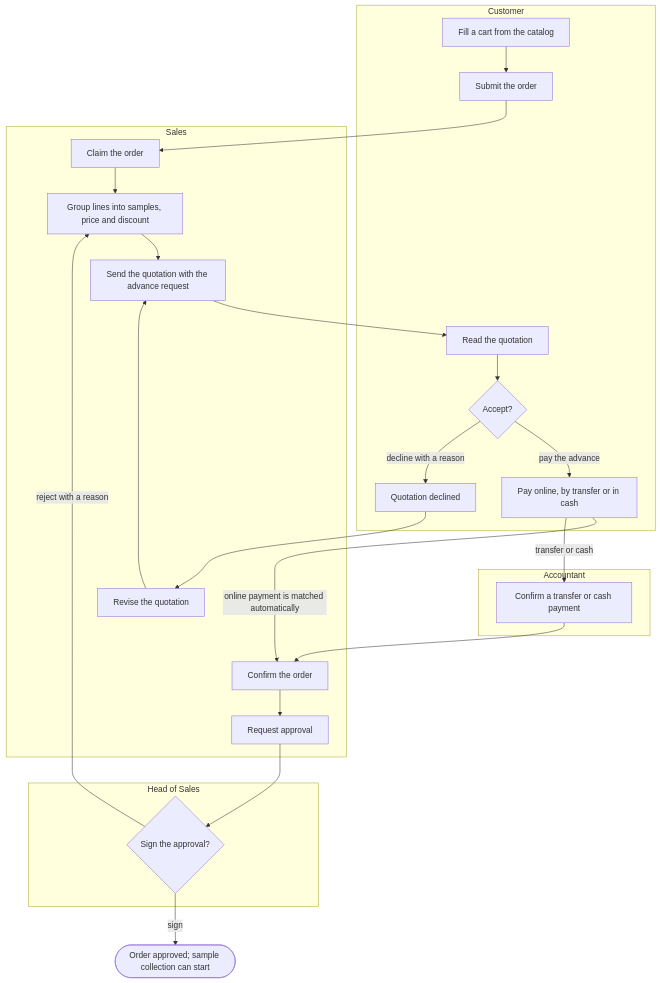
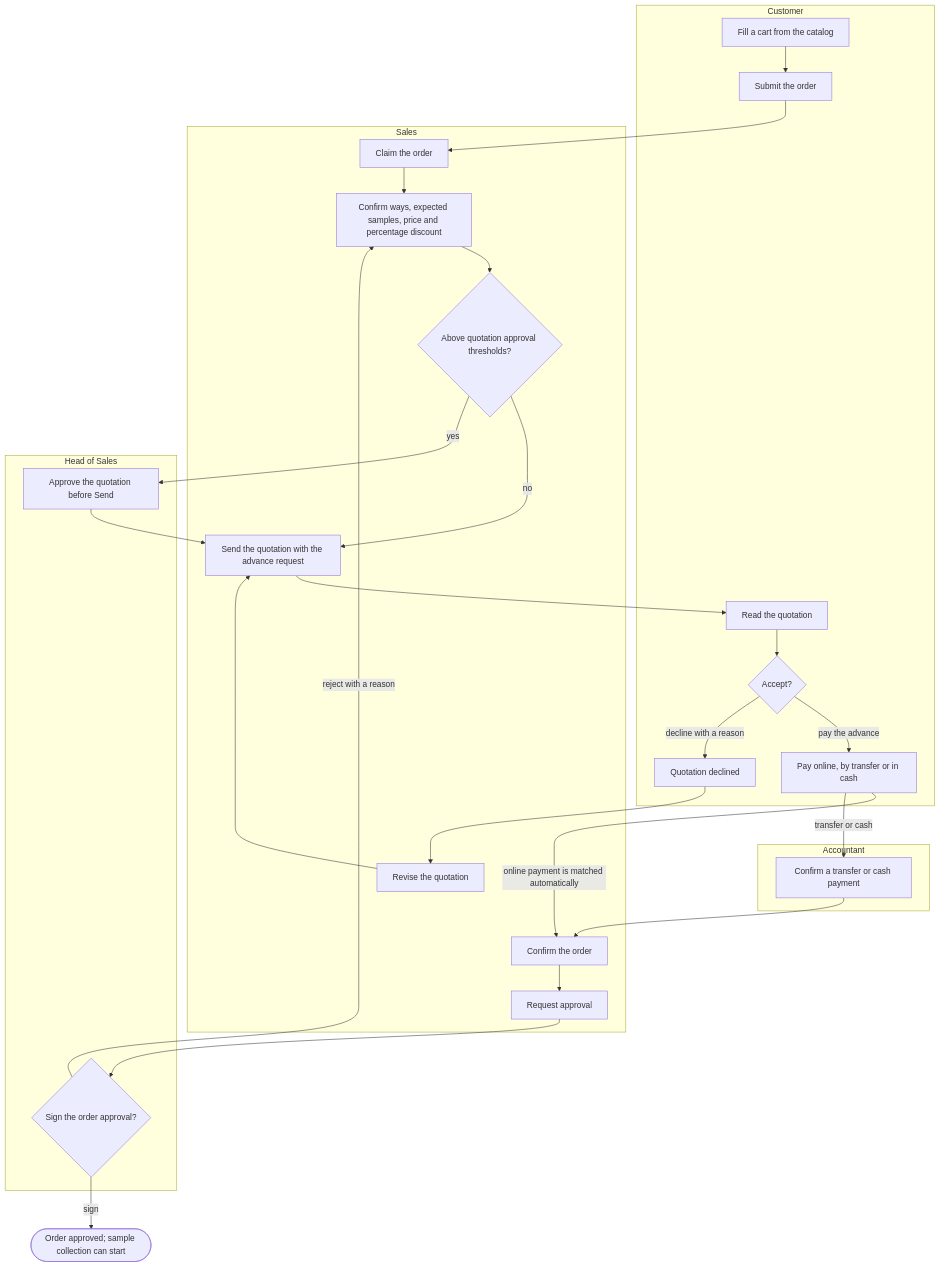
One commit to SoltuneMontepre/medilab changed the first of 16 diagrams in docs/functional/business-flows.md. Above: the diagram before and after it, drawn with Mermaid. The commit also changed other lines of this file and 30 other files, not shown here.

````diff
--- a/docs/functional/business-flows.md
+++ b/docs/functional/business-flows.md
@@ -52,29 +52,32 @@
 ```mermaid
 flowchart TD
     subgraph lane1 ["Customer"]
         c1[Fill a cart from the catalog] --> c2[Submit the order]
         c3[Read the quotation] --> c4{Accept?}
         c4 -->|pay the advance| c5[Pay online, by transfer or in cash]
         c4 -->|decline with a reason| c6[Quotation declined]
     end
     subgraph lane2 ["Sales"]
-        s1[Claim the order] --> s2[Group lines into samples, price and discount]
-        s2 --> s3[Send the quotation with the advance request]
+        s1[Claim the order] --> s2[Confirm ways, expected samples, price and percentage discount]
+        s2 --> gate{Above quotation approval thresholds?}
+        gate -->|no| s3[Send the quotation with the advance request]
         s4[Confirm the order] --> s5[Request approval]
         s6[Revise the quotation]
     end
     subgraph lane3 ["Accountant"]
         a1[Confirm a transfer or cash payment]
     end
     subgraph lane4 ["Head of Sales"]
-        h1{Sign the approval?}
+        h0[Approve the quotation before Send]
+        h1{Sign the order approval?}
     end
     c2 --> s1
+    gate -->|yes| h0 --> s3
     s3 --> c3
     c5 -->|online payment is matched automatically| s4
     c5 -->|transfer or cash| a1 --> s4
     c6 --> s6 --> s3
     s5 --> h1
     h1 -->|reject with a reason| s2
     h1 -->|sign| done(["Order approved; sample collection can start"])
 ```
````
